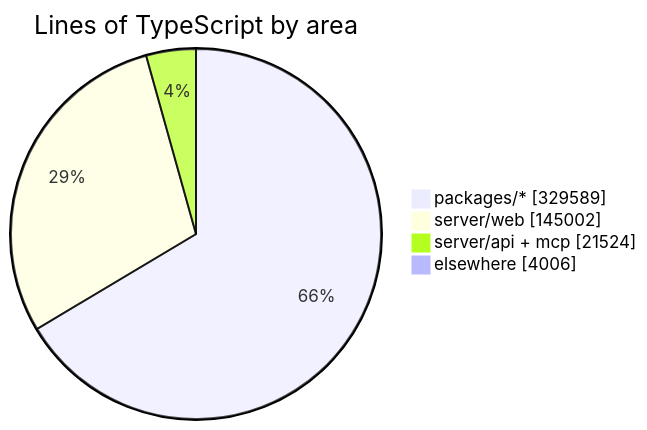
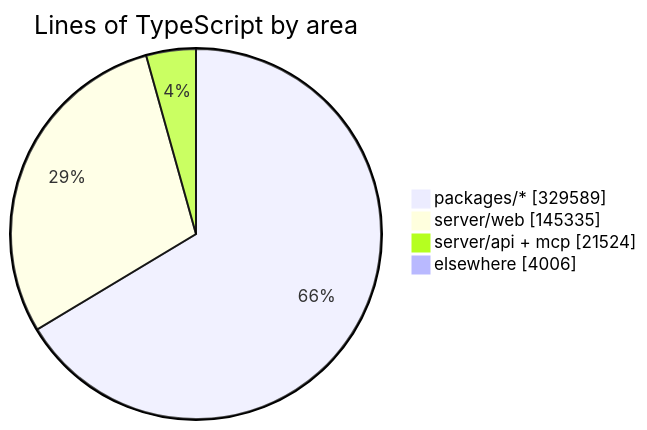
One commit to crossworks-engineering/mantle changed the diagram in README.md. Above: the diagram before and after it, drawn with Mermaid. The commit also changed other lines of this file and 2 other files, not shown here.

````diff
--- a/README.md
+++ b/README.md
@@ -294,7 +294,7 @@
 ```mermaid
 pie showData title Lines of TypeScript by area
     "packages/*" : 329589
-    "server/web" : 145002
+    "server/web" : 145335
     "server/api + mcp" : 21524
     "elsewhere" : 4006
 ```
````
